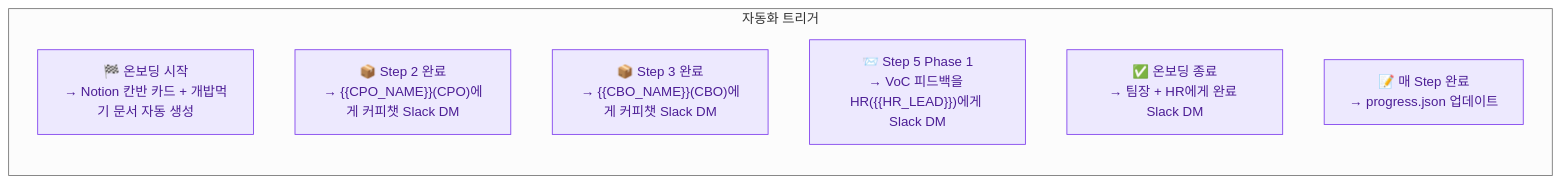
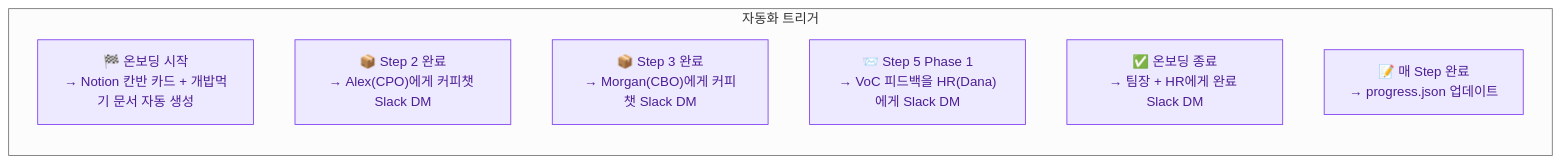
One commit to Vivi-lee-01/ai-onboarding-template changed the third of 3 diagrams in docs/onboarding-flow.md. Above: the diagram before and after it, drawn with Mermaid (neutral theme). The commit also changed other lines of this file and 57 other files, not shown here.

````diff
--- a/docs/onboarding-flow.md
+++ b/docs/onboarding-flow.md
@@ -143,15 +143,15 @@
 ```mermaid
 flowchart LR
     subgraph TRIGGERS ["자동화 트리거"]
         direction TB
         T1["🏁 온보딩 시작<br/>→ Notion 칸반 카드 + 개밥먹기 문서 자동 생성"]
-        T2["📦 Step 2 완료<br/>→ {{CPO_NAME}}(CPO)에게 커피챗 Slack DM"]
-        T3["📦 Step 3 완료<br/>→ {{CBO_NAME}}(CBO)에게 커피챗 Slack DM"]
-        T4["📨 Step 5 Phase 1<br/>→ VoC 피드백을 HR({{HR_LEAD}})에게 Slack DM"]
+        T2["📦 Step 2 완료<br/>→ Alex(CPO)에게 커피챗 Slack DM"]
+        T3["📦 Step 3 완료<br/>→ Morgan(CBO)에게 커피챗 Slack DM"]
+        T4["📨 Step 5 Phase 1<br/>→ VoC 피드백을 HR(Dana)에게 Slack DM"]
         T5["✅ 온보딩 종료<br/>→ 팀장 + HR에게 완료 Slack DM"]
         T6["📝 매 Step 완료<br/>→ progress.json 업데이트"]
     end
 
     classDef triggerNode fill:#ede9fe,stroke:#7c3aed,stroke-width:1px,color:#4c1d95
     class T1,T2,T3,T4,T5,T6 triggerNode
 ```
````
